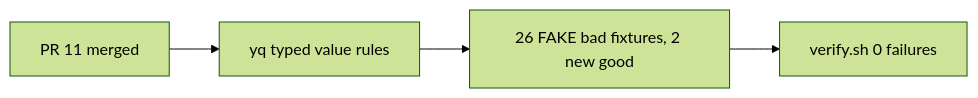
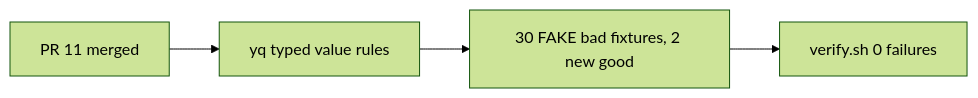
One commit to svennijhuis/agentic-workflows changed the second of 2 diagrams in docs/pbi/smoke/SM01a.md. Above: the diagram before and after it, drawn with Mermaid (forest theme). The commit also changed other lines of this file and 1 other file, not shown here.

Commit message:
SM01a round 2 on Cursor 5657764107: f1 #11 merged, row 4 cut to the two old lines; f2 %256cimit and second-key fixtures; f3 double-encoded path fixture; f4 0o144 and 0b fixtures; f5 low to the SM01a todo (SM01b only on #18)

````diff
--- a/docs/pbi/smoke/SM01a.md
+++ b/docs/pbi/smoke/SM01a.md
@@ -110,6 +113,6 @@
 ```mermaid
 flowchart LR
   A[PR 11 merged] --> B[yq typed value rules]
-  B --> C[26 FAKE bad fixtures, 2 new good]
+  B --> C[30 FAKE bad fixtures, 2 new good]
   C --> D[verify.sh 0 failures]
 ```
````
